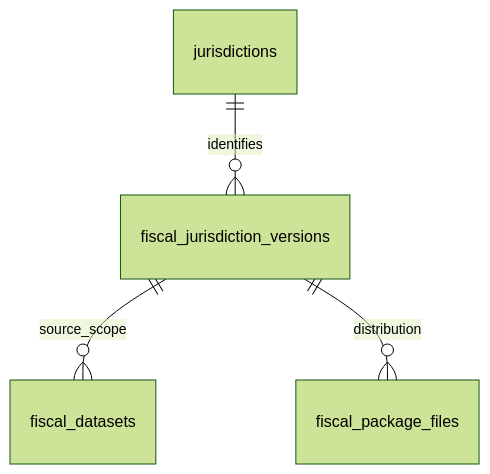
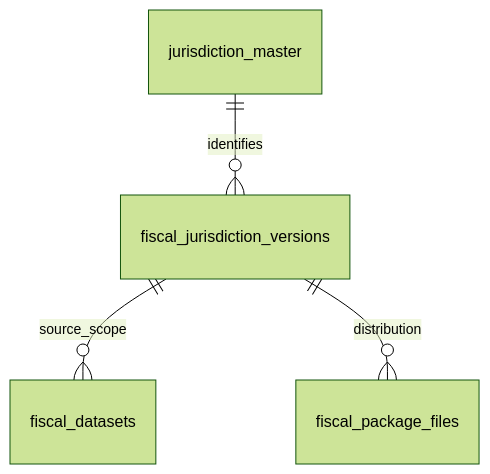
The second of 2 diagrams in docs/design-doc-jurisdiction-versions.md (wwwyo/fudoki), drawn with Mermaid (forest theme) before and after one commit. The commit also changed other lines of this file and 8 other files, not shown here.

````diff
--- a/docs/design-doc-jurisdiction-versions.md
+++ b/docs/design-doc-jurisdiction-versions.md
@@ -45,6 +45,6 @@
 ```mermaid
 erDiagram
-    jurisdictions ||--o{ fiscal_jurisdiction_versions : identifies
+    jurisdiction_master ||--o{ fiscal_jurisdiction_versions : identifies
     fiscal_jurisdiction_versions ||--o{ fiscal_datasets : source_scope
     fiscal_jurisdiction_versions ||--o{ fiscal_package_files : distribution
 ```
````
